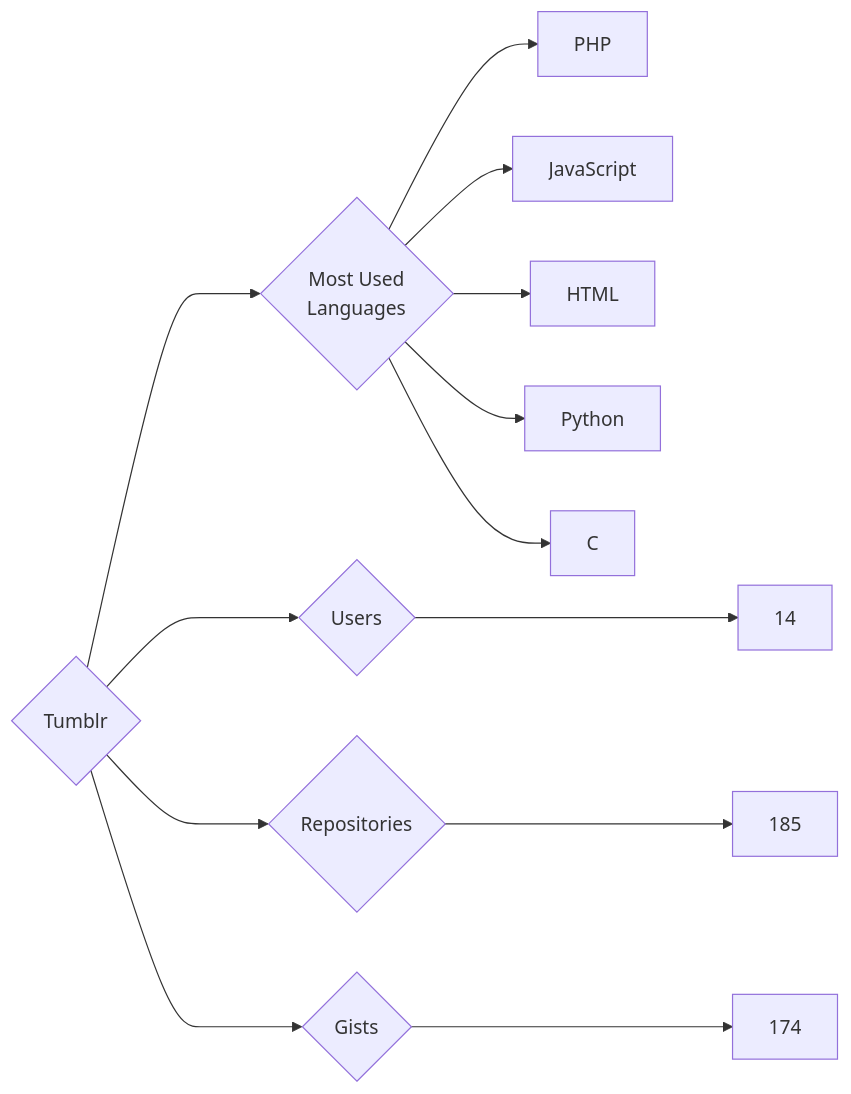
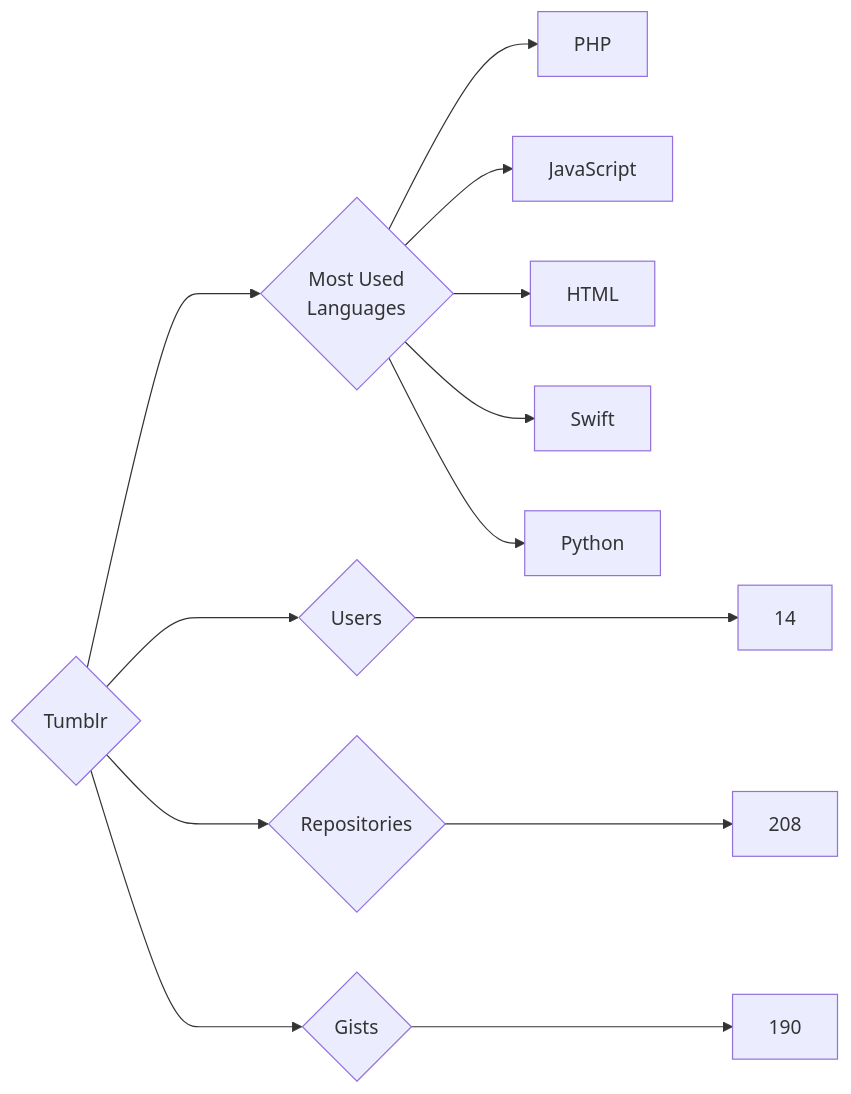
The diagram in targets/Tumblr/README.md (trickest/insiders), drawn with Mermaid before and after one commit. The commit also changed 1484 other files, not shown here.

````diff
--- a/targets/Tumblr/README.md
+++ b/targets/Tumblr/README.md
@@ -3,13 +3,13 @@
 ```mermaid
 graph LR
 COMPANY_NAME{Tumblr}
 COMPANY_NAME ---> U{Users} ---> UN[14]
-COMPANY_NAME ---> R{Repositories} ---> RN[185]
-COMPANY_NAME ---> G{Gists} ---> GN[174]
+COMPANY_NAME ---> R{Repositories} ---> RN[208]
+COMPANY_NAME ---> G{Gists} ---> GN[190]
 COMPANY_NAME ---> ML{Most Used<br>Languages}
 ML --> PHP[PHP]
 ML --> JavaScript[JavaScript]
 ML --> HTML[HTML]
+ML --> Swift[Swift]
 ML --> Python[Python]
-ML --> C[C]
 ```
````
